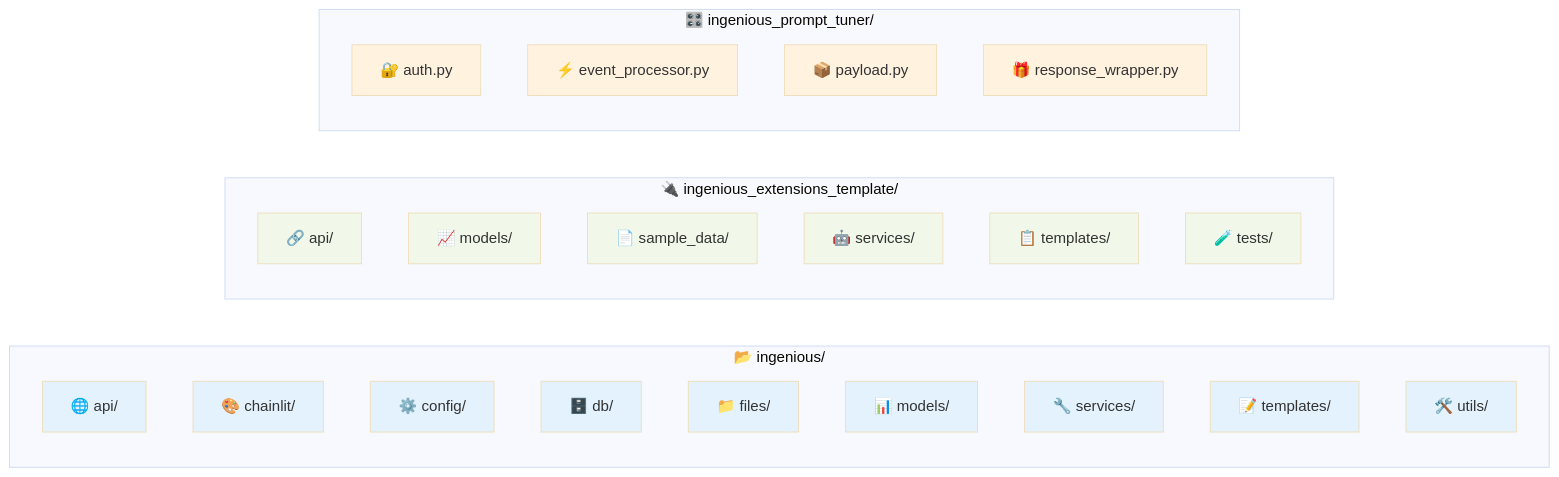
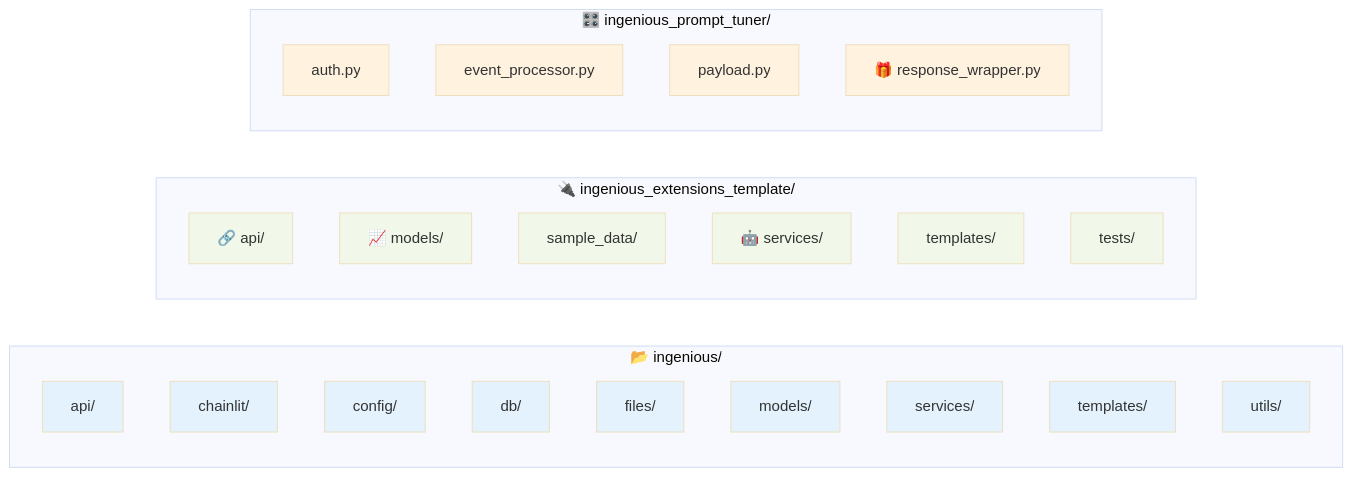
Before and after one commit to the-ingenious-dark-knight/Insight_Ingenious: the third of 11 diagrams in docs/development/README.md, drawn with Mermaid (base theme). The commit also changed other lines of this file and 23 other files, not shown here.

````diff
--- a/docs/development/README.md
+++ b/docs/development/README.md
@@ -116,38 +116,38 @@
 ```mermaid
 graph LR
     subgraph "📂 ingenious/"
-        CORE_API[🌐 api/]
-        CORE_CHAINLIT[🎨 chainlit/]
-        CORE_CONFIG[⚙️ config/]
-        CORE_DB[🗄️ db/]
-        CORE_FILES[📁 files/]
-        CORE_MODELS[📊 models/]
-        CORE_SERVICES[🔧 services/]
-        CORE_TEMPLATES[📝 templates/]
-        CORE_UTILS[🛠️ utils/]
+        CORE_API[ api/]
+        CORE_CHAINLIT[ chainlit/]
+        CORE_CONFIG[ config/]
+        CORE_DB[ db/]
+        CORE_FILES[ files/]
+        CORE_MODELS[ models/]
+        CORE_SERVICES[ services/]
+        CORE_TEMPLATES[ templates/]
+        CORE_UTILS[ utils/]
     end
 
     subgraph "🔌 ingenious_extensions_template/"
         EXT_API[🔗 api/]
         EXT_MODELS[📈 models/]
-        EXT_SAMPLE[📄 sample_data/]
+        EXT_SAMPLE[ sample_data/]
         EXT_SERVICES[🤖 services/]
-        EXT_TEMPLATES[📋 templates/]
-        EXT_TESTS[🧪 tests/]
+        EXT_TEMPLATES[ templates/]
+        EXT_TESTS[ tests/]
     end
 
     subgraph "🎛️ ingenious_prompt_tuner/"
-        TUNER_AUTH[🔐 auth.py]
-        TUNER_PROCESSOR[⚡ event_processor.py]
-        TUNER_PAYLOAD[📦 payload.py]
+        TUNER_AUTH[ auth.py]
+        TUNER_PROCESSOR[ event_processor.py]
+        TUNER_PAYLOAD[ payload.py]
         TUNER_WRAPPER[🎁 response_wrapper.py]
     end
 
     classDef core fill:#e3f2fd
     classDef extensions fill:#f1f8e9
     classDef tuner fill:#fff3e0
 
     class CORE_API,CORE_CHAINLIT,CORE_CONFIG,CORE_DB,CORE_FILES,CORE_MODELS,CORE_SERVICES,CORE_TEMPLATES,CORE_UTILS core
     class EXT_API,EXT_MODELS,EXT_SAMPLE,EXT_SERVICES,EXT_TEMPLATES,EXT_TESTS extensions
     class TUNER_AUTH,TUNER_PROCESSOR,TUNER_PAYLOAD,TUNER_WRAPPER tuner
 ```
````
